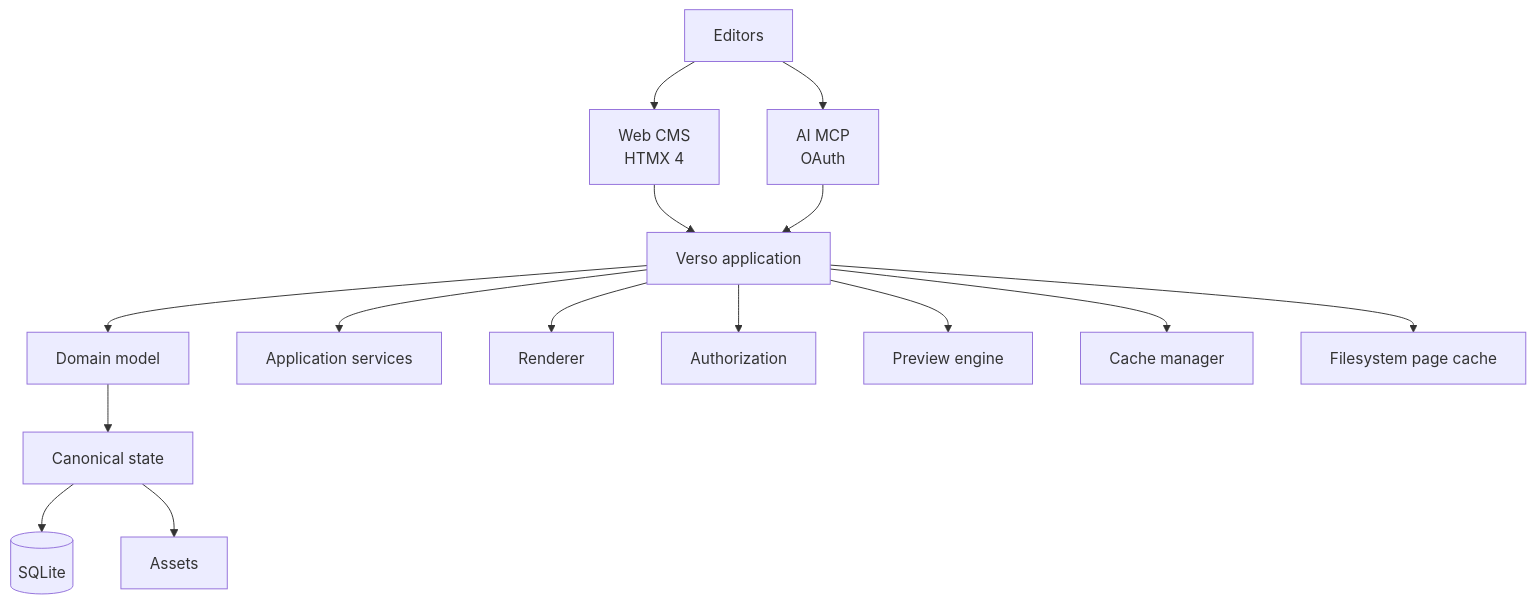
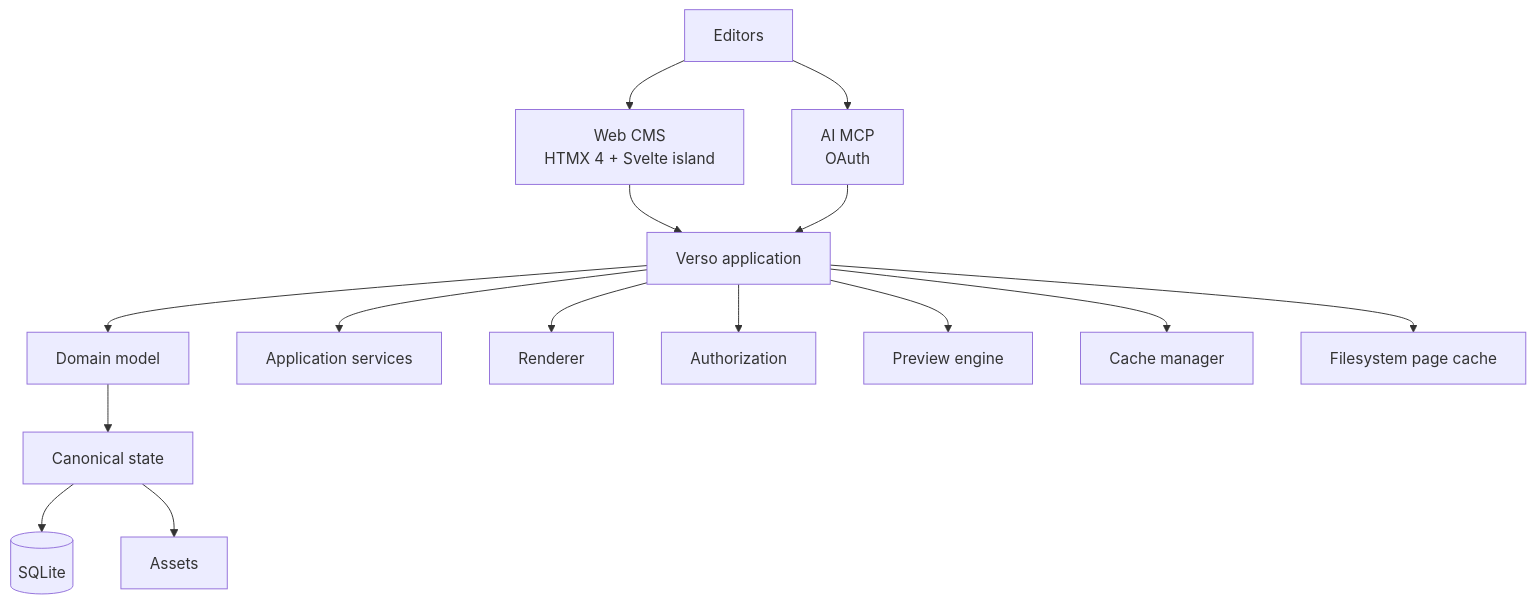
Before and after one commit to Natoandro/verso: the seventh of 7 diagrams in docs/design/operations.md, drawn with Mermaid. The commit also changed other lines of this file and 43 other files, not shown here.

````diff
--- a/docs/design/operations.md
+++ b/docs/design/operations.md
@@ -593,17 +593,17 @@
 ```mermaid
 flowchart TB
-    editors["Editors"] --> web["Web CMS<br/>HTMX 4"]
+    editors["Editors"] --> web["Web CMS<br/>HTMX 4 + Svelte island"]
     editors --> mcp["AI MCP<br/>OAuth"]
     web --> verso["Verso application"]
     mcp --> verso
     verso --> domain["Domain model"]
     verso --> services["Application services"]
     verso --> renderer["Renderer"]
     verso --> authorization["Authorization"]
     verso --> preview["Preview engine"]
     verso --> cache["Cache manager"]
     domain --> canonical["Canonical state"]
     canonical --> sqlite[("SQLite")]
     canonical --> assets["Assets"]
     verso --> pagecache["Filesystem page cache"]
 ```
````
